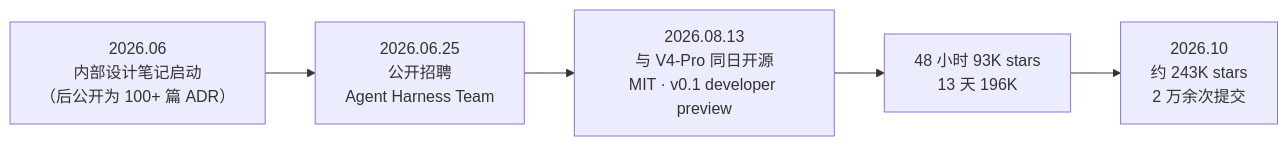
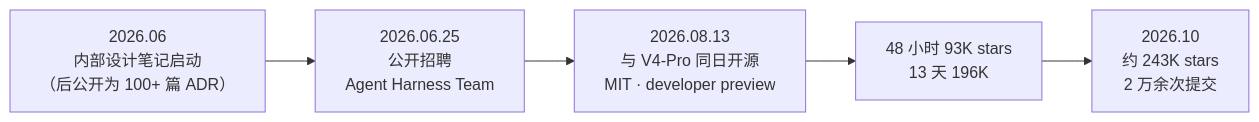
One commit to chongyi/deep-dive-agents changed the first of 2 diagrams in src/part2/ch17-deepseek-harness.md. Above: the diagram before and after it, drawn with Mermaid. The commit also changed other lines of this file and 8 other files, not shown here.

````diff
--- a/src/part2/ch17-deepseek-harness.md
+++ b/src/part2/ch17-deepseek-harness.md
@@ -9,7 +9,7 @@
 ```mermaid
 flowchart LR
     a["2026.06<br/>内部设计笔记启动<br/>（后公开为 100+ 篇 ADR）"] --> b["2026.06.25<br/>公开招聘<br/>Agent Harness Team"]
-    b --> c["2026.08.13<br/>与 V4-Pro 同日开源<br/>MIT · v0.1 developer preview"]
+    b --> c["2026.08.13<br/>与 V4-Pro 同日开源<br/>MIT · developer preview"]
     c --> d["48 小时 93K stars<br/>13 天 196K"]
     d --> e["2026.10<br/>约 243K stars<br/>2 万余次提交"]
 ```
````
